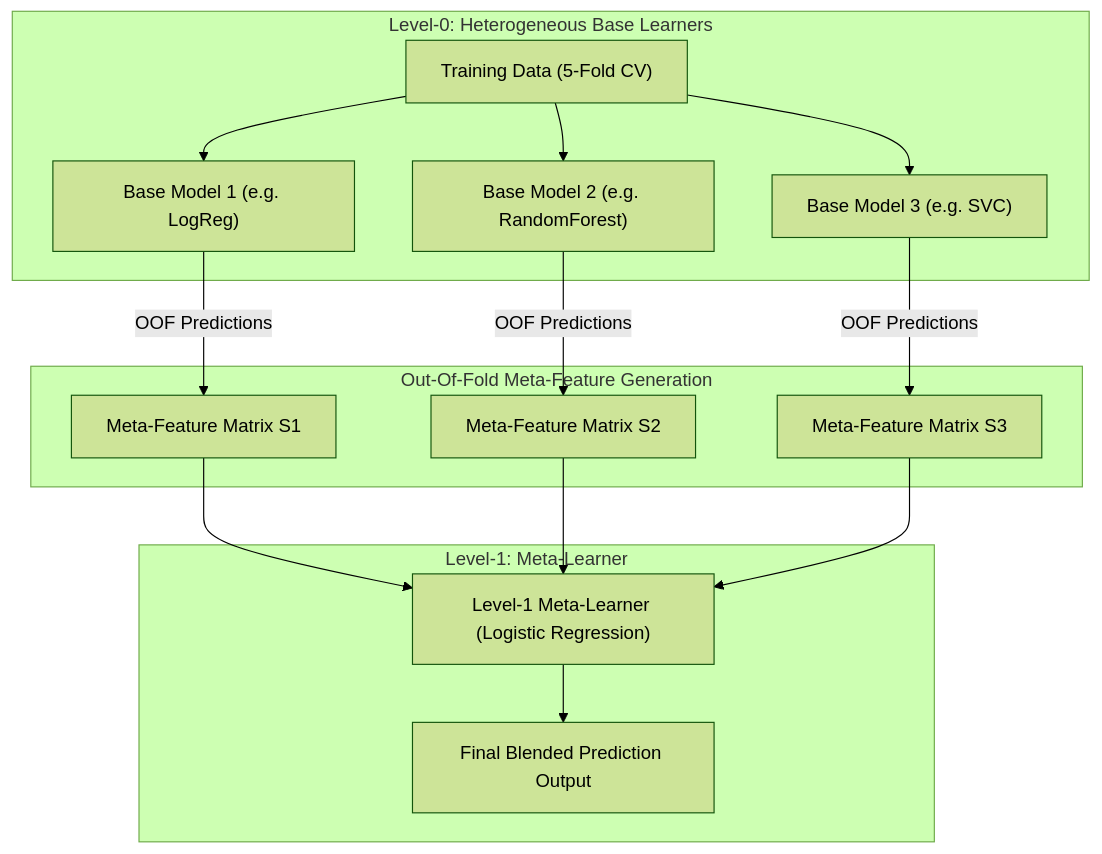
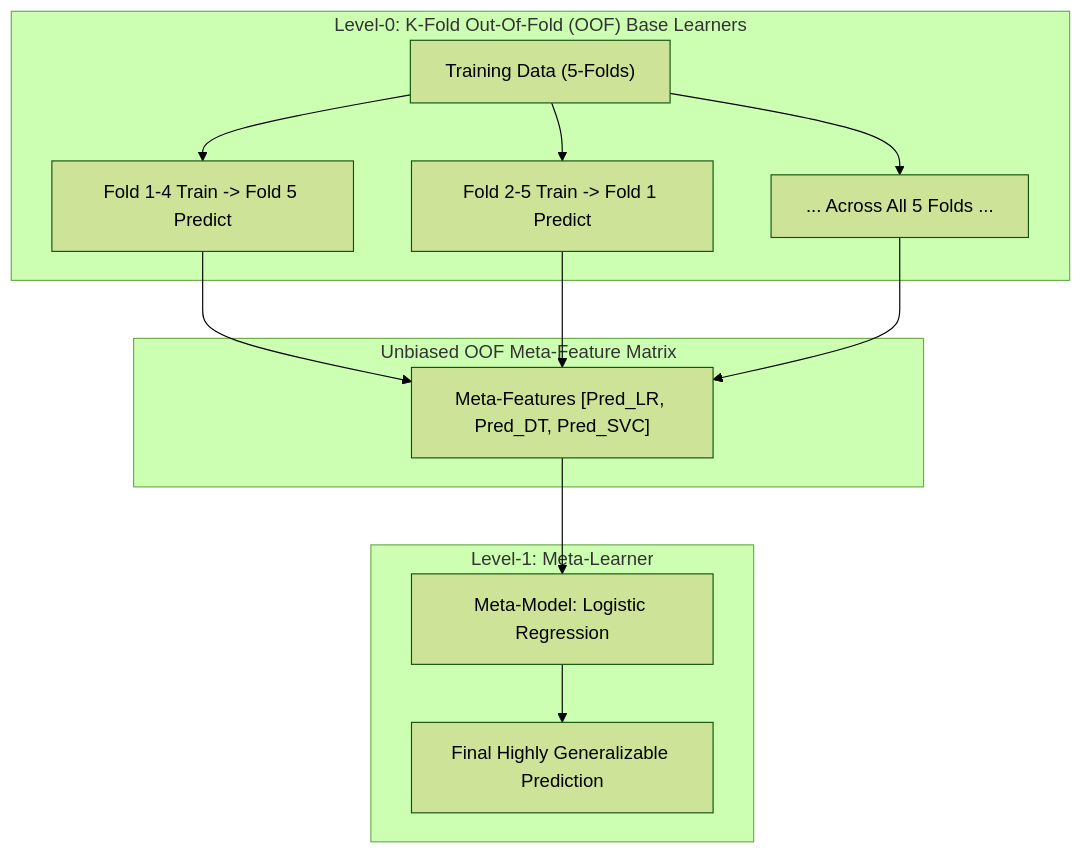
The diagram in lecture_30/Notes_30.12/README.md (S1h2i3v4a/AI_ML), drawn with Mermaid (forest theme) before and after one commit. The commit also changed other lines of this file and 57 other files, not shown here.

````diff
--- a/lecture_30/Notes_30.12/README.md
+++ b/lecture_30/Notes_30.12/README.md
@@ -18,19 +52,19 @@
 ```mermaid
 flowchart TD
-    subgraph Level0 ["Level-0: Heterogeneous Base Learners"]
-        D["Training Data (5-Fold CV)"] --> M1["Base Model 1 (e.g. LogReg)"]
-        D --> M2["Base Model 2 (e.g. RandomForest)"]
-        D --> M3["Base Model 3 (e.g. SVC)"]
+    subgraph L0["Level-0: K-Fold Out-Of-Fold (OOF) Base Learners"]
+        A["Training Data (5-Folds)"] --> B1["Fold 1-4 Train -> Fold 5 Predict"]
+        A --> B2["Fold 2-5 Train -> Fold 1 Predict"]
+        A --> B3["... Across All 5 Folds ..."]
     end
     
-    subgraph OOF ["Out-Of-Fold Meta-Feature Generation"]
-        M1 -->|"OOF Predictions"| S1["Meta-Feature Matrix S1"]
-        M2 -->|"OOF Predictions"| S2["Meta-Feature Matrix S2"]
-        M3 -->|"OOF Predictions"| S3["Meta-Feature Matrix S3"]
+    subgraph OOF["Unbiased OOF Meta-Feature Matrix"]
+        B1 --> M["Meta-Features [Pred_LR, Pred_DT, Pred_SVC]"]
+        B2 --> M
+        B3 --> M
     end
     
-    subgraph Level1 ["Level-1: Meta-Learner"]
-        S1 & S2 & S3 --> META["Level-1 Meta-Learner (Logistic Regression)"]
-        META --> OUT["Final Blended Prediction Output"]
+    subgraph L1["Level-1: Meta-Learner"]
+        M --> MM["Meta-Model: Logistic Regression"]
+        MM --> F["Final Highly Generalizable Prediction"]
     end
 ```
````
